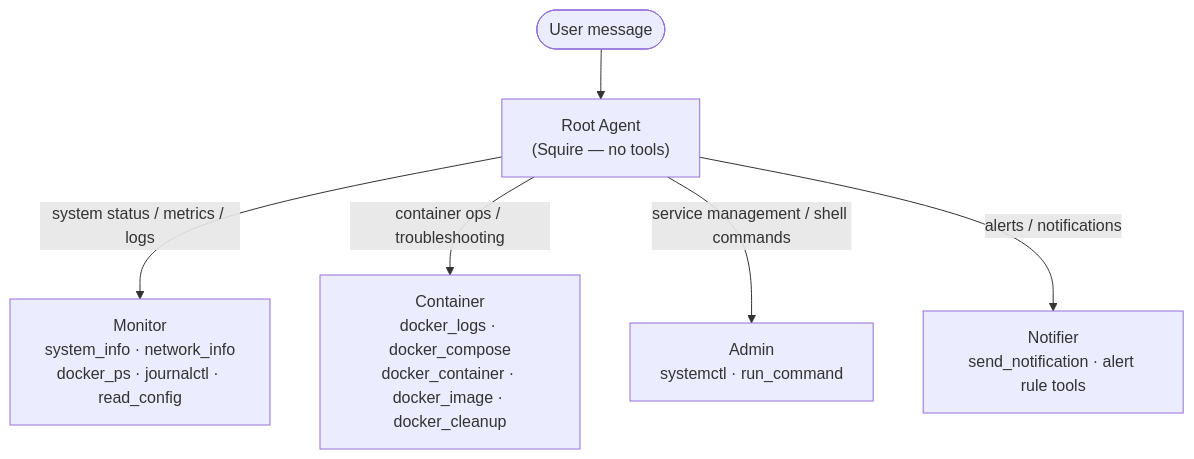
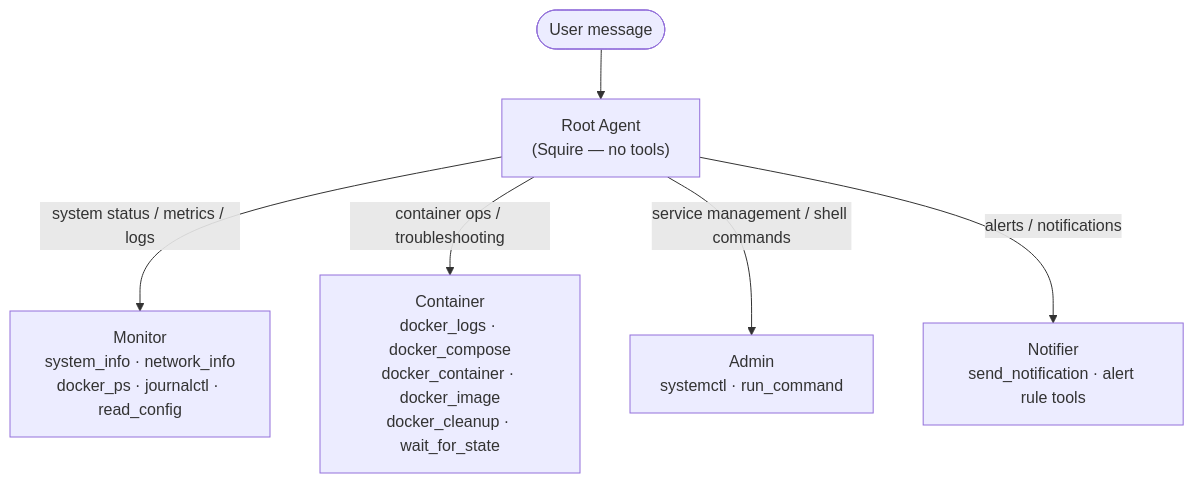
One commit to willdah/squire changed the second of 5 diagrams in docs/architecture.md. Above: the diagram before and after it, drawn with Mermaid. The commit also changed other lines of this file and 9 other files, not shown here.

First line of the commit message:
fix: align Container docs with registered tools; pin deps; Docker SSH; test isolation

````diff
--- a/docs/architecture.md
+++ b/docs/architecture.md
@@ -71,16 +71,16 @@
 ```mermaid
 flowchart TD
     User([User message])
     Root["Root Agent<br/>(Squire — no tools)"]
 
     Monitor["Monitor<br/>system_info · network_info<br/>docker_ps · journalctl · read_config"]
-    Container["Container<br/>docker_logs · docker_compose<br/>docker_container · docker_image · docker_cleanup"]
+    Container["Container<br/>docker_logs · docker_compose<br/>docker_container · docker_image<br/>docker_cleanup · wait_for_state"]
     Admin["Admin<br/>systemctl · run_command"]
     Notifier["Notifier<br/>send_notification · alert rule tools"]
 
     User --> Root
     Root -->|"system status / metrics / logs"| Monitor
     Root -->|"container ops / troubleshooting"| Container
     Root -->|"service management / shell commands"| Admin
     Root -->|"alerts / notifications"| Notifier
 ```
````
